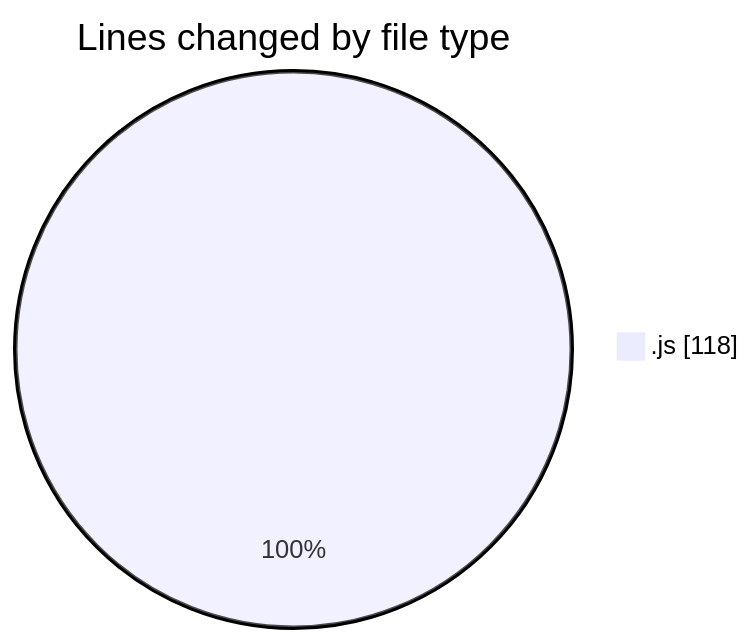
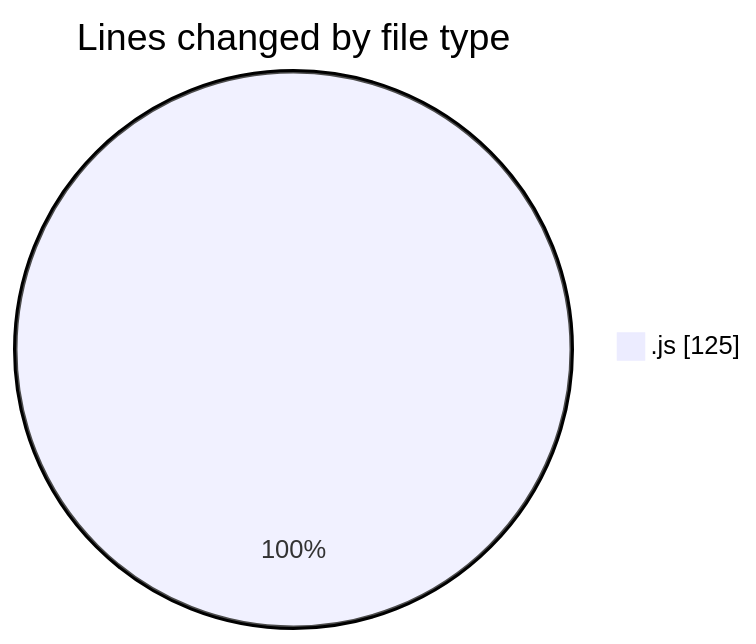
The first of 2 diagrams in 2025-07-19/mern-workoutboard/README.md (Ritupan-Deka/code-tracking), drawn with Mermaid before and after one commit. The commit also changed other lines of this file and 1 other file, not shown here.

````diff
--- a/2025-07-19/mern-workoutboard/README.md
+++ b/2025-07-19/mern-workoutboard/README.md
@@ -21,5 +21,5 @@
 ```mermaid
 pie showData
 title Lines changed by file type
-".js" : 118
+".js" : 125
 ```
````
